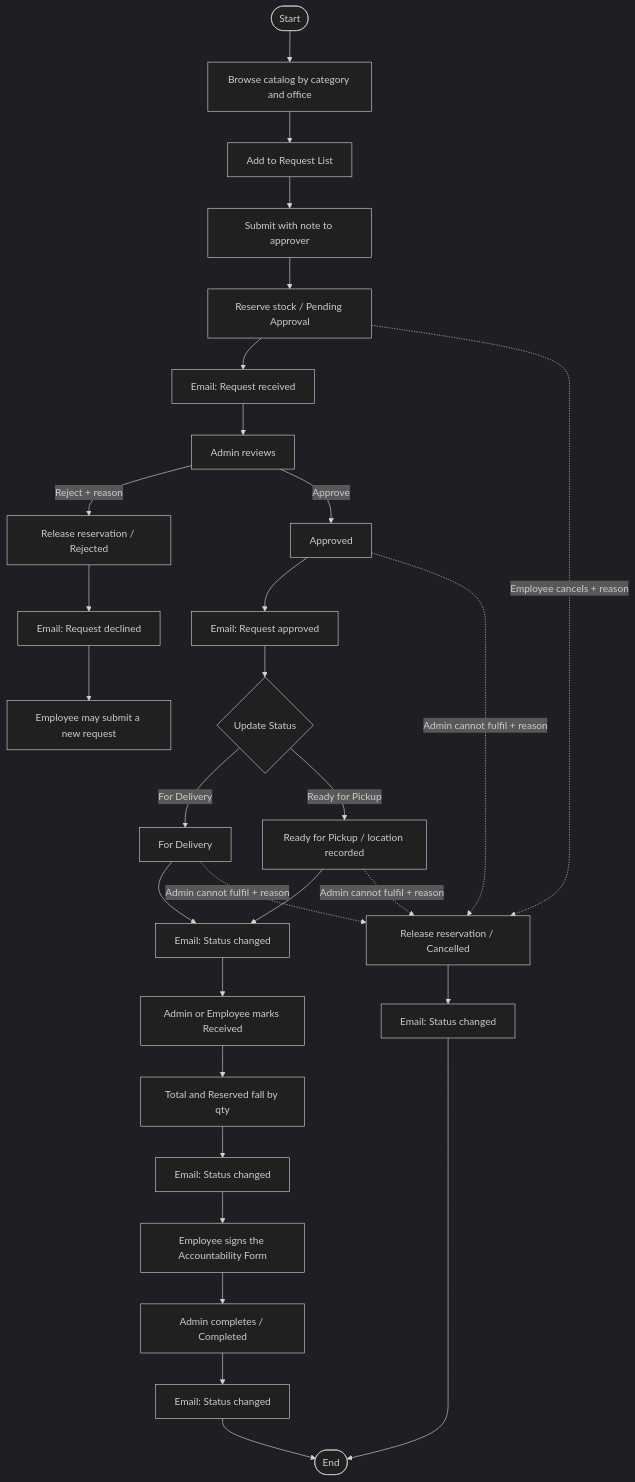
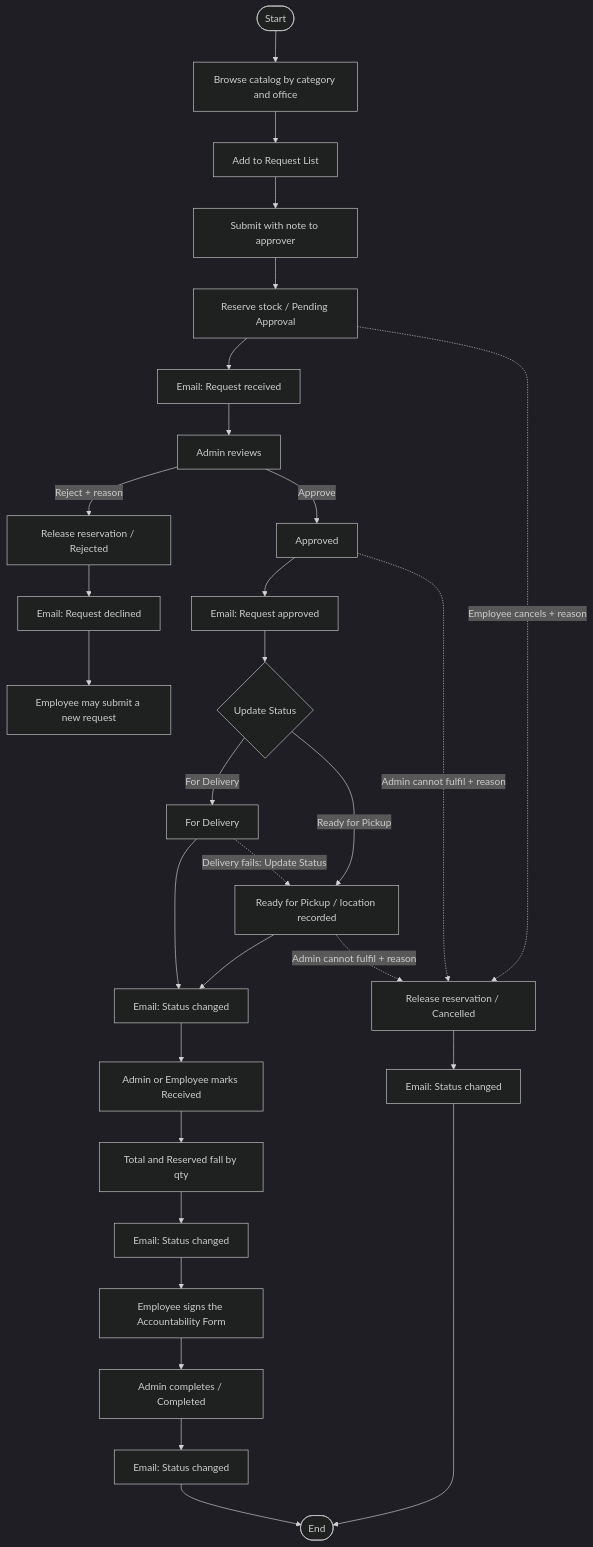
Before and after one commit to CoDev-Bench-Team/CoDev-OSRS: the diagram in docs/process-flow.md, drawn with Mermaid (dark theme). The commit also changed 1 other file, not shown here.

Commit message:
docs(process-flow): drop For Delivery cancel edge from flow diagram
The diagram still drew an Admin cancel from For Delivery, which
constitution 8.0.0 removed. It now draws the failed-delivery path:
For Delivery back to Ready for Pickup, then cancel. ADR-0012 notes
that this path drops the delivery attempt from the timeline.

````diff
--- a/docs/process-flow.md
+++ b/docs/process-flow.md
@@ -279,33 +279,33 @@
 ```mermaid
 flowchart TD
   start([Start]) --> browse[Browse catalog by category and office]
   browse --> list[Add to Request List]
   list --> submit[Submit with note to approver]
   submit --> reserve[Reserve stock / Pending Approval]
   reserve --> mail1[Email: Request received]
   mail1 --> review[Admin reviews]
   review -->|Reject + reason| rel1[Release reservation / Rejected]
   rel1 --> mailR[Email: Request declined]
   mailR --> newReq[Employee may submit a new request]
   review -->|Approve| approve[Approved]
   approve --> mailA[Email: Request approved]
   mailA --> handover{Update Status}
   handover -->|For Delivery| fd[For Delivery]
   handover -->|Ready for Pickup| fp[Ready for Pickup / location recorded]
   fd --> mailS1[Email: Status changed]
   fp --> mailS1
   mailS1 --> received[Admin or Employee marks Received]
   received --> consume[Total and Reserved fall by qty]
   consume --> mailRc[Email: Status changed]
   mailRc --> sign[Employee signs the Accountability Form]
   sign --> complete[Admin completes / Completed]
   complete --> mailC[Email: Status changed]
   mailC --> endNode([End])
 
   reserve -.->|Employee cancels + reason| canc[Release reservation / Cancelled]
   approve -.->|Admin cannot fulfil + reason| canc
-  fd -.->|Admin cannot fulfil + reason| canc
+  fd -.->|Delivery fails: Update Status| fp
   fp -.->|Admin cannot fulfil + reason| canc
   canc --> mailX[Email: Status changed]
   mailX --> endNode
 ```
````
